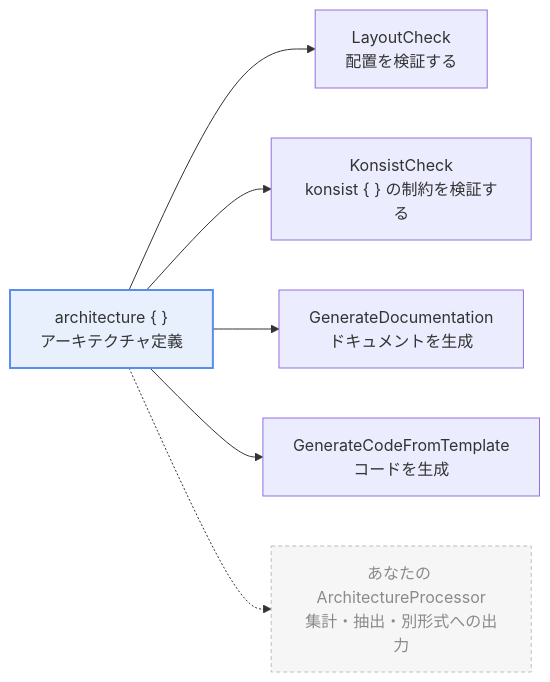
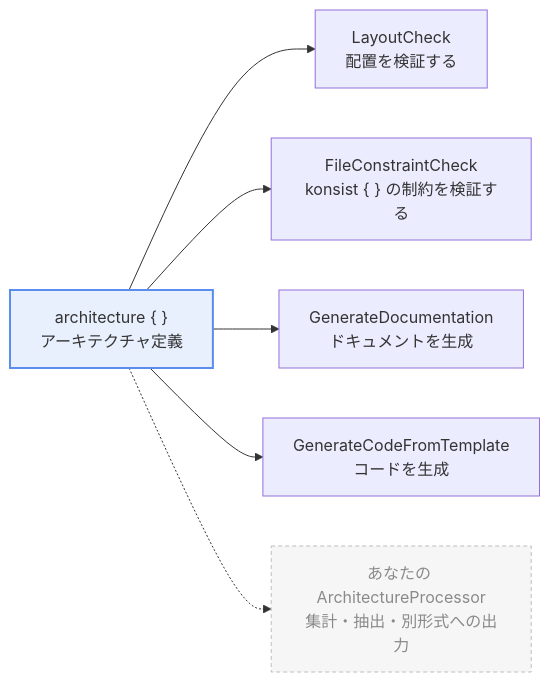
One commit to TBSten/katachi changed the diagram in docs/src/content/docs/ja/guides/processor.mdx. Above: the diagram before and after it, drawn with Mermaid. The commit also changed other lines of this file and 40 other files, not shown here.

````diff
--- a/docs/src/content/docs/ja/guides/processor.mdx
+++ b/docs/src/content/docs/ja/guides/processor.mdx
@@ -44,12 +39,12 @@
 ```mermaid
 flowchart LR
     D["architecture { }<br/>アーキテクチャ定義"]
     D --> Layout["LayoutCheck<br/>配置を検証する"]
-    D --> Konsist["KonsistCheck<br/>konsist { } の制約を検証する"]
+    D --> Konsist["FileConstraintCheck<br/>konsist { } の制約を検証する"]
     D --> Doc["GenerateDocumentation<br/>ドキュメントを生成"]
     D --> Template["GenerateCodeFromTemplate<br/>コードを生成"]
     D -.-> Custom["あなたの ArchitectureProcessor<br/>集計・抽出・別形式への出力"]
 
     style D fill:#5B8DEF22,stroke:#5B8DEF,stroke-width:2px
     style Custom fill:#BDBDBD22,stroke:#BDBDBD,stroke-dasharray:4 3,color:#8A8A8A
 ```
````
